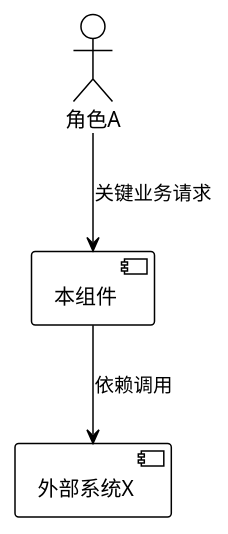
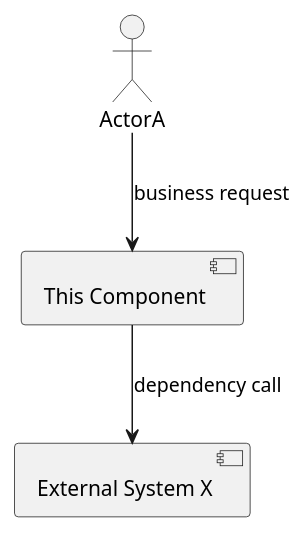
The first of 2 diagrams in templates/full/SPEC.md (kvenux/metaspec), drawn with PlantUML before and after one commit. The commit also changed other lines of this file and 37 other files, not shown here.

````diff
--- a/templates/full/SPEC.md
+++ b/templates/full/SPEC.md
@@ -48,11 +47,10 @@
 ```plantuml
 @startuml
-!theme plain
-actor 角色A
-component "本组件" as Component
-component "外部系统X" as External
+actor ActorA
+component "This Component" as Component
+component "External System X" as External
 
-角色A --> Component : 关键业务请求
-Component --> External : 依赖调用
+ActorA --> Component : business request
+Component --> External : dependency call
 @enduml
 ```
````
